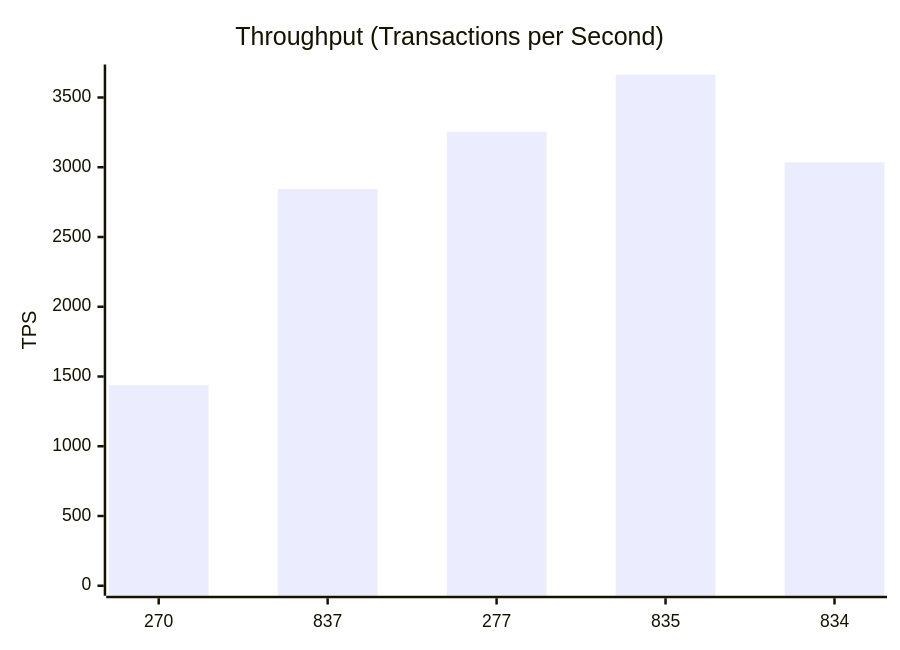
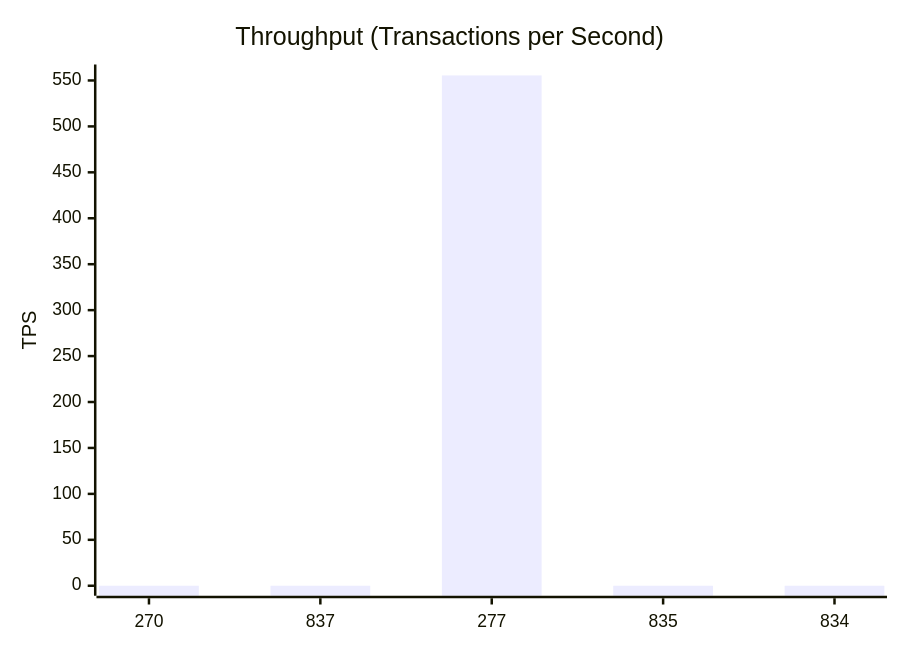
The third of 11 diagrams in test-tools/DataGen/src/Statistics_Visualizer.md (dhagan-va/intern-2025), drawn with Mermaid before and after one commit. The commit also changed other lines of this file and 3 other files, not shown here.

````diff
--- a/test-tools/DataGen/src/Statistics_Visualizer.md
+++ b/test-tools/DataGen/src/Statistics_Visualizer.md
@@ -40,7 +40,7 @@
 ```mermaid
 xychart-beta
     title "Throughput (Transactions per Second)"
     x-axis ["270", "837", "277", "835", "834"]
-    y-axis "TPS" 0 --> 3664.8641911058658
-    bar [1436.999702164311, 2844.08863701668, 3254.2232962934995, 3663.8641911058658, 3035.3404472701823]
+    y-axis "TPS" 0 --> 556.4938340184424
+    bar [0.0, 0.0, 555.4938340184424, 0.0, 0.0]
 ```
````
